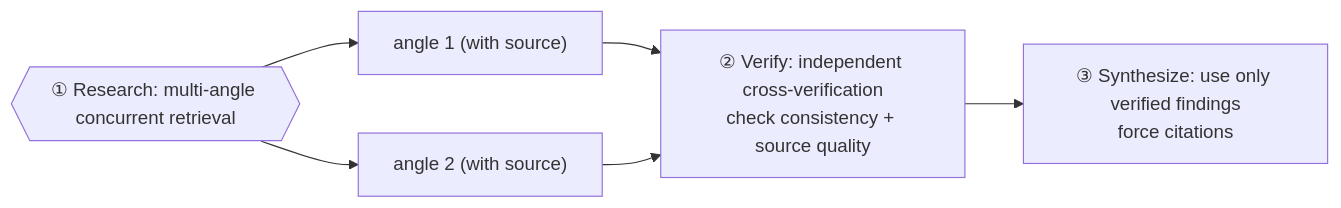
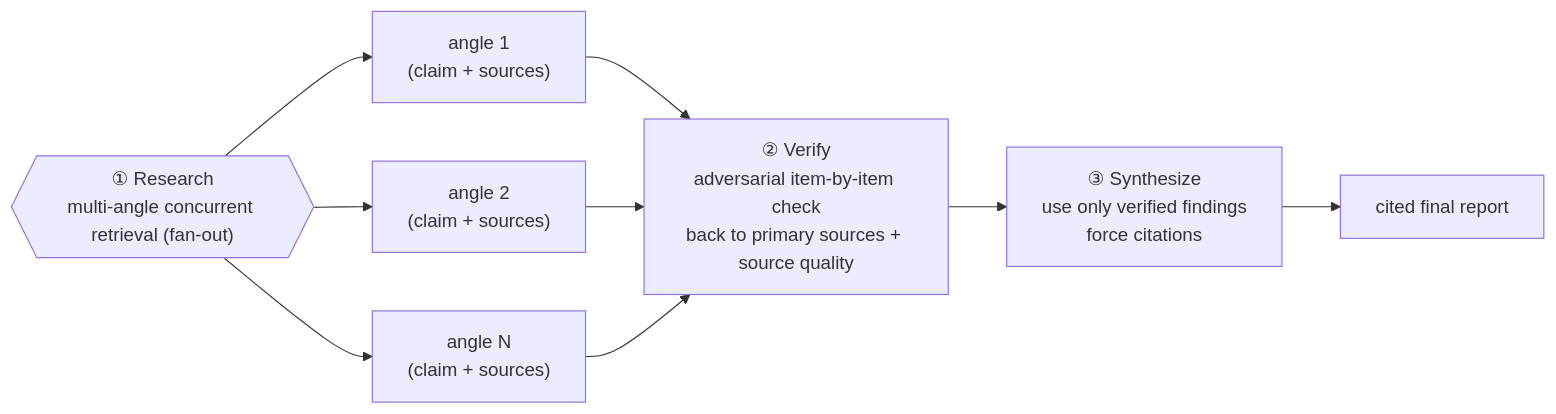
The first of 3 diagrams in docs/en/p3-13-deep-research.md (intel-van/workflow-cookbook), drawn with Mermaid before and after one commit. The commit also changed other lines of this file and 19 other files, not shown here.

````diff
--- a/docs/en/p3-13-deep-research.md
+++ b/docs/en/p3-13-deep-research.md
@@ -17,7 +19,9 @@
 ```mermaid
 flowchart LR
-  R{{"① Research: multi-angle concurrent retrieval"}} --> r1["angle 1 (with source)"]
-  R --> r2["angle 2 (with source)"]
-  r1 & r2 --> V["② Verify: independent cross-verification<br/>check consistency + source quality"]
-  V --> S["③ Synthesize: use only verified findings<br/>force citations"]
+  R{{"① Research<br/>multi-angle concurrent retrieval (fan-out)"}} --> r1["angle 1<br/>(claim + sources)"]
+  R --> r2["angle 2<br/>(claim + sources)"]
+  R --> rn["angle N<br/>(claim + sources)"]
+  r1 & r2 & rn --> V["② Verify<br/>adversarial item-by-item check<br/>back to primary sources + source quality"]
+  V --> S["③ Synthesize<br/>use only verified findings<br/>force citations"]
+  S --> OUT["cited final report"]
 ```
````
